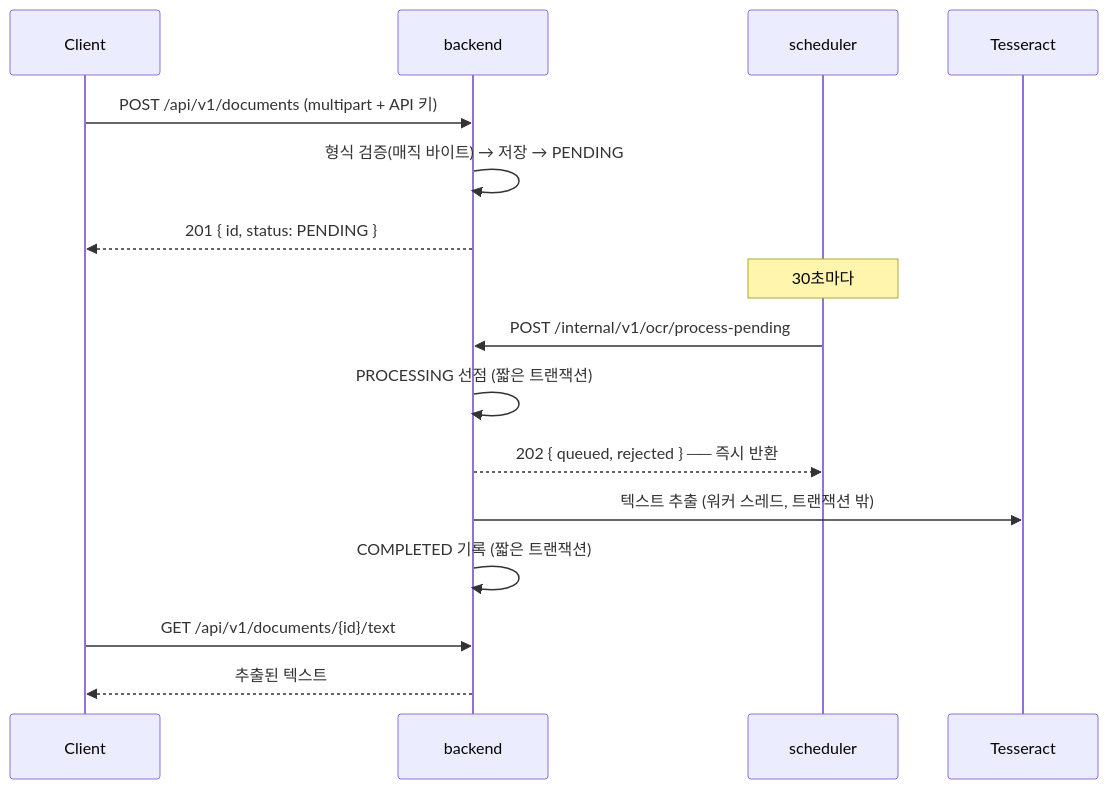
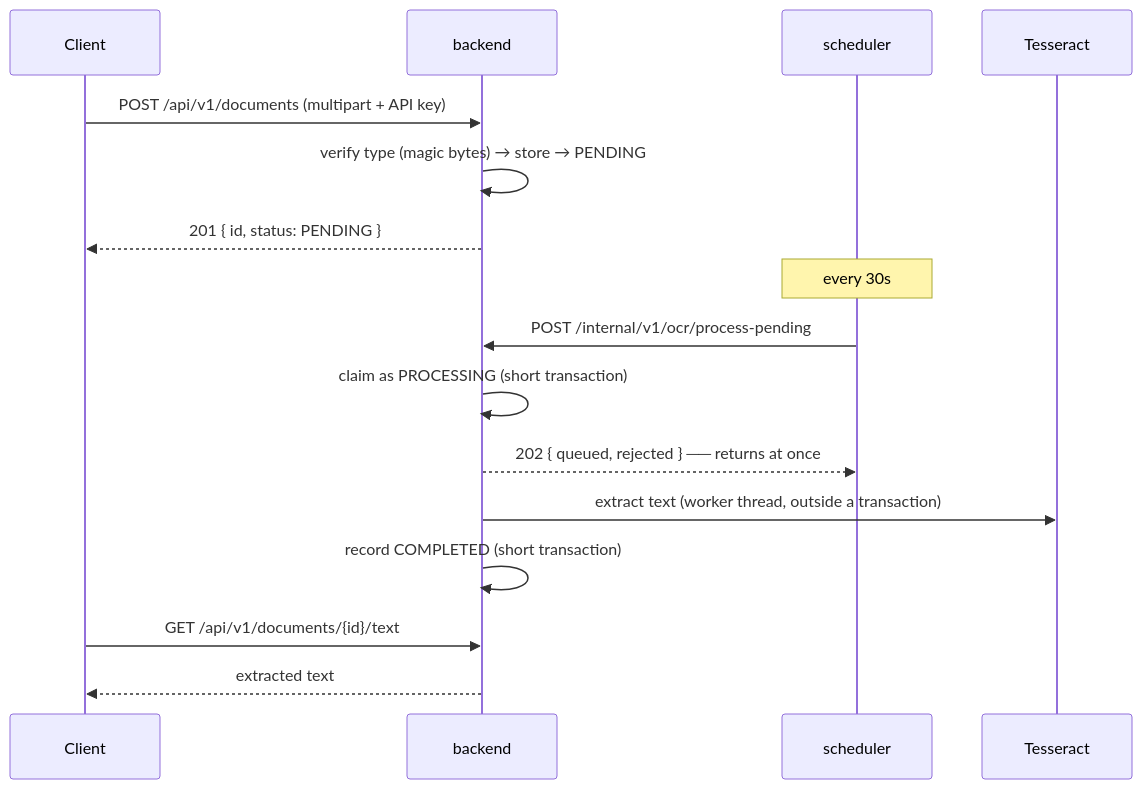
One commit to hyunolike/ai.ocr-automation.system changed the second of 2 diagrams in README.md. Above: the diagram before and after it, drawn with Mermaid. The commit also changed other lines of this file and 3 other files, not shown here.

````diff
--- a/README.md
+++ b/README.md
@@ -81,21 +83,21 @@
 ```mermaid
 sequenceDiagram
     participant C as Client
     participant BE as backend
     participant SCH as scheduler
     participant E as Tesseract
 
-    C->>BE: POST /api/v1/documents (multipart + API 키)
-    BE->>BE: 형식 검증(매직 바이트) → 저장 → PENDING
+    C->>BE: POST /api/v1/documents (multipart + API key)
+    BE->>BE: verify type (magic bytes) → store → PENDING
     BE-->>C: 201 { id, status: PENDING }
 
-    Note over SCH: 30초마다
+    Note over SCH: every 30s
     SCH->>BE: POST /internal/v1/ocr/process-pending
-    BE->>BE: PROCESSING 선점 (짧은 트랜잭션)
-    BE-->>SCH: 202 { queued, rejected } ── 즉시 반환
-    BE->>E: 텍스트 추출 (워커 스레드, 트랜잭션 밖)
-    BE->>BE: COMPLETED 기록 (짧은 트랜잭션)
+    BE->>BE: claim as PROCESSING (short transaction)
+    BE-->>SCH: 202 { queued, rejected } ── returns at once
+    BE->>E: extract text (worker thread, outside a transaction)
+    BE->>BE: record COMPLETED (short transaction)
 
     C->>BE: GET /api/v1/documents/{id}/text
-    BE-->>C: 추출된 텍스트
+    BE-->>C: extracted text
 ```
````
